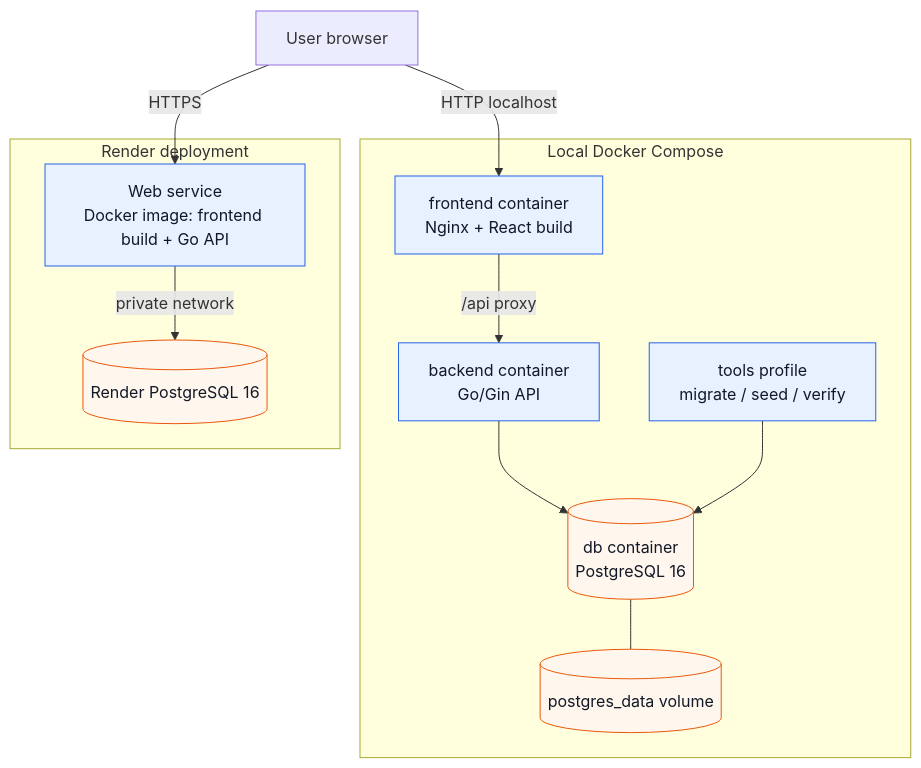
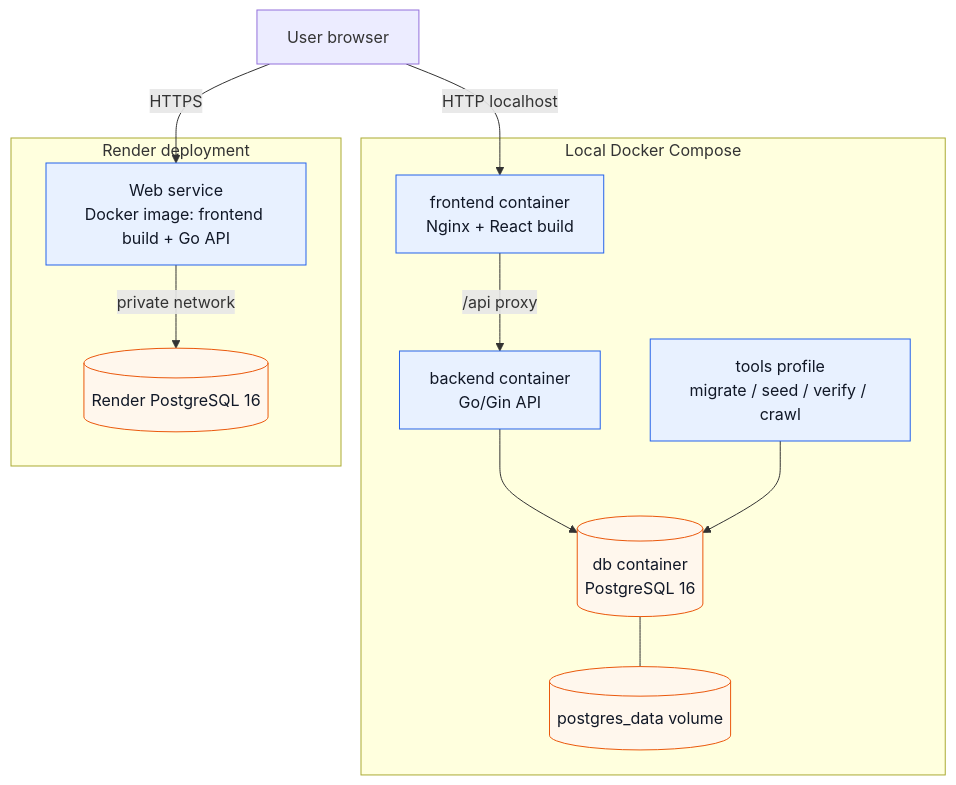
One commit to Akapi895/course-registration changed the diagram in docs/diagrams/deployment/README.md. Above: the diagram before and after it, drawn with Mermaid. The commit also changed other lines of this file and 8 other files, not shown here.

Commit message:
docs: align diagrams with 12 API endpoints and exact schema constraints

````diff
--- a/docs/diagrams/deployment/README.md
+++ b/docs/diagrams/deployment/README.md
@@ -9,32 +9,32 @@
 ```mermaid
 flowchart TB
     user[User browser]
 
     subgraph local[Local Docker Compose]
         local_frontend[frontend container\nNginx + React build]
         local_backend[backend container\nGo/Gin API]
         local_db[(db container\nPostgreSQL 16)]
-        local_tools[tools profile\nmigrate / seed / verify]
+        local_tools[tools profile\nmigrate / seed / verify / crawl]
         volume[(postgres_data volume)]
 
         local_frontend -->|/api proxy| local_backend
         local_backend --> local_db
         local_tools --> local_db
         local_db --- volume
     end
 
     subgraph render[Render deployment]
         web[Web service\nDocker image: frontend build + Go API]
         render_db[(Render PostgreSQL 16)]
 
         web -->|private network| render_db
     end
 
     user -->|HTTP localhost| local_frontend
     user -->|HTTPS| web
 
     classDef runtime fill:#e8f1ff,stroke:#2563eb,color:#111827
     classDef data fill:#fff7ed,stroke:#ea580c,color:#111827
     class local_frontend,local_backend,local_tools,web runtime
     class local_db,volume,render_db data
 ```
````
